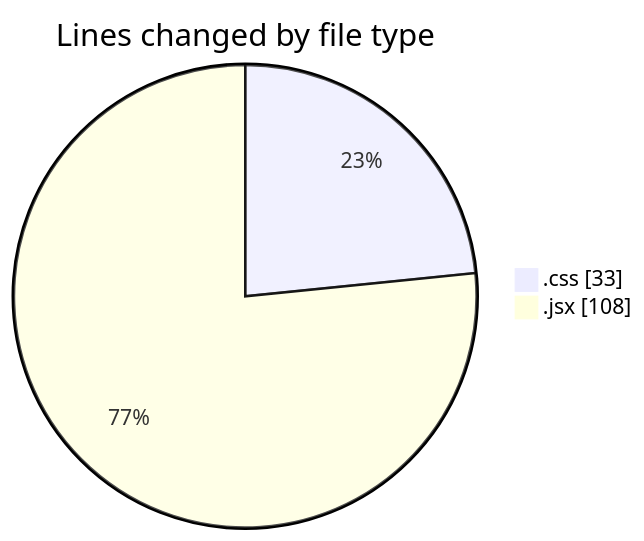
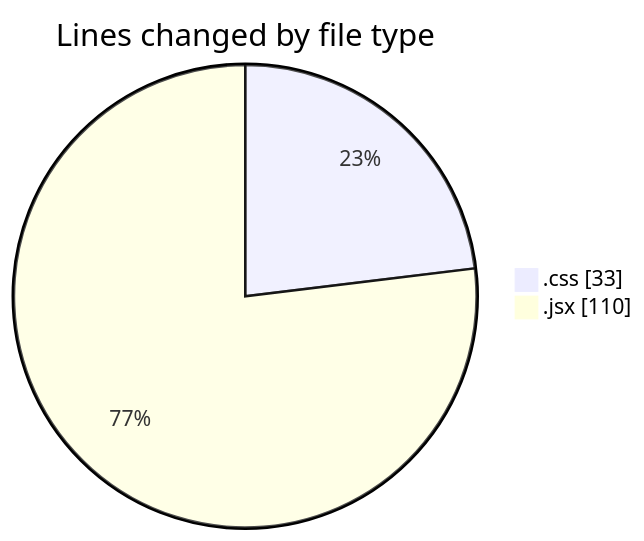
The first of 2 diagrams in 2025-02-14/elitegpt/README.md (Elitesun/code-tracking), drawn with Mermaid before and after one commit. The commit also changed other lines of this file and 1 other file, not shown here.

````diff
--- a/2025-02-14/elitegpt/README.md
+++ b/2025-02-14/elitegpt/README.md
@@ -23,6 +23,6 @@
 ```mermaid
 pie showData
 title Lines changed by file type
 ".css" : 33
-".jsx" : 108
+".jsx" : 110
 ```
````
